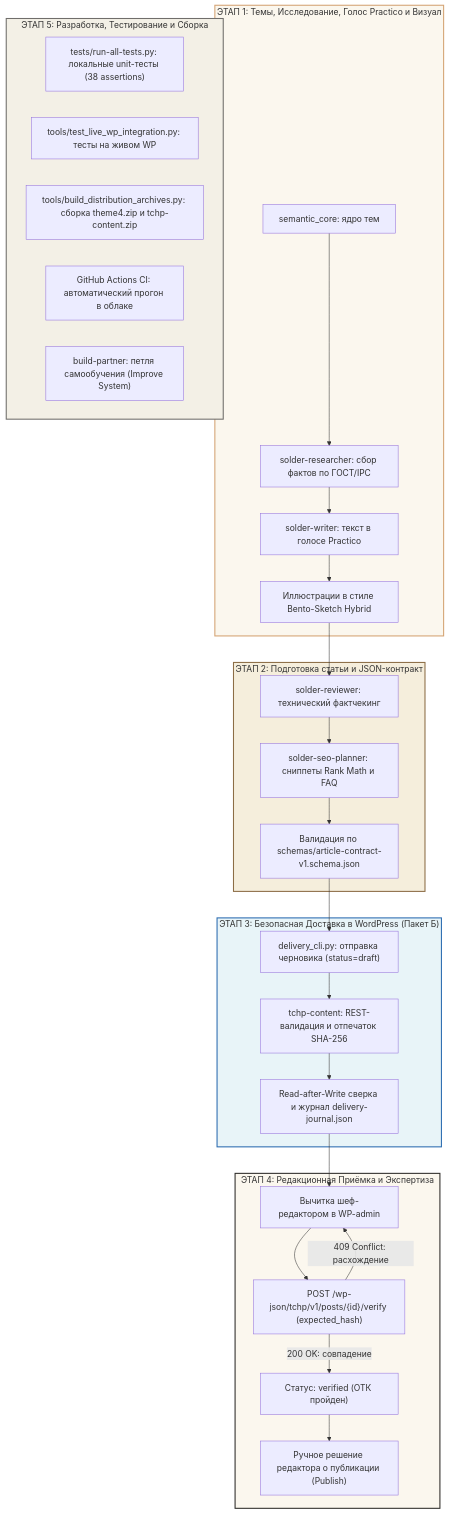
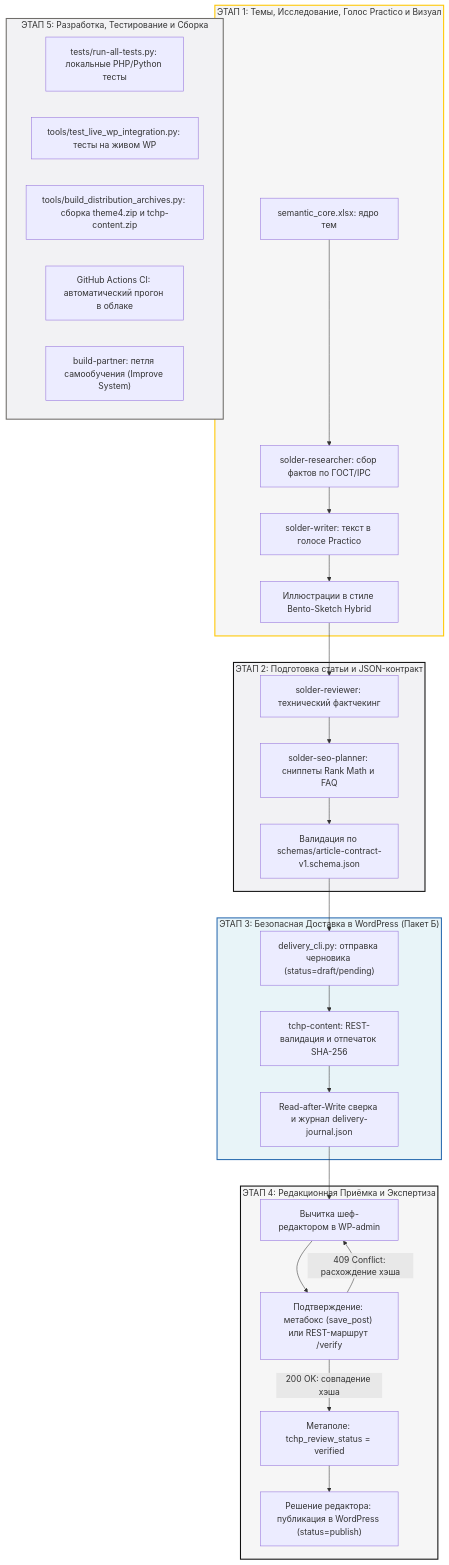
Before and after one commit to nadyalife2/tochka-plavleniya: the diagram in docs/MASTER_PIPELINE.md, drawn with Mermaid. The commit also changed other lines of this file and 7 other files, not shown here.

````diff
--- a/docs/MASTER_PIPELINE.md
+++ b/docs/MASTER_PIPELINE.md
@@ -11,42 +11,42 @@
 ```mermaid
 graph TD
     subgraph S1["ЭТАП 1: Темы, Исследование, Голос Practico и Визуал"]
-        A[semantic_core: ядро тем] --> B[solder-researcher: сбор фактов по ГОСТ/IPC]
+        A[semantic_core.xlsx: ядро тем] --> B[solder-researcher: сбор фактов по ГОСТ/IPC]
         B --> C[solder-writer: текст в голосе Practico]
         C --> D[Иллюстрации в стиле Bento-Sketch Hybrid]
     end
 
     subgraph S2["ЭТАП 2: Подготовка статьи и JSON-контракт"]
         D --> E[solder-reviewer: технический фактчекинг]
         E --> F[solder-seo-planner: сниппеты Rank Math и FAQ]
         F --> G["Валидация по schemas/article-contract-v1.schema.json"]
     end
 
     subgraph S3["ЭТАП 3: Безопасная Доставка в WordPress (Пакет Б)"]
-        G --> H["delivery_cli.py: отправка черновика (status=draft)"]
+        G --> H["delivery_cli.py: отправка черновика (status=draft/pending)"]
         H --> I["tchp-content: REST-валидация и отпечаток SHA-256"]
         I --> J["Read-after-Write сверка и журнал delivery-journal.json"]
     end
 
     subgraph S4["ЭТАП 4: Редакционная Приёмка и Экспертиза"]
         J --> K["Вычитка шеф-редактором в WP-admin"]
-        K --> L["POST /wp-json/tchp/v1/posts/{id}/verify (expected_hash)"]
-        L -->|409 Conflict: расхождение| K
-        L -->|200 OK: совпадение| M["Статус: verified (ОТК пройден)"]
-        M --> N["Ручное решение редактора о публикации (Publish)"]
+        K --> L["Подтверждение: метабокс (save_post) или REST-маршрут /verify"]
+        L -->|409 Conflict: расхождение хэша| K
+        L -->|200 OK: совпадение хэша| M["Метаполе: tchp_review_status = verified"]
+        M --> N["Решение редактора: публикация в WordPress (status=publish)"]
     end
 
     subgraph S5["ЭТАП 5: Разработка, Тестирование и Сборка"]
-        O["tests/run-all-tests.py: локальные unit-тесты (38 assertions)"]
+        O["tests/run-all-tests.py: локальные PHP/Python тесты"]
         P["tools/test_live_wp_integration.py: тесты на живом WP"]
         Q["tools/build_distribution_archives.py: сборка theme4.zip и tchp-content.zip"]
         R["GitHub Actions CI: автоматический прогон в облаке"]
         S["build-partner: петля самообучения (Improve System)"]
     end
 
-    style S1 fill:#fbf7ee,stroke:#d4a373,stroke-width:2px
-    style S2 fill:#f5eedc,stroke:#8c6d46,stroke-width:2px
+    style S1 fill:#f6f6f6,stroke:#ffc700,stroke-width:2px
+    style S2 fill:#f2f2f4,stroke:#111111,stroke-width:2px
     style S3 fill:#e8f4f8,stroke:#2b6cb0,stroke-width:2px
-    style S4 fill:#fbf7ee,stroke:#2d2b28,stroke-width:2px
-    style S5 fill:#f3f0e6,stroke:#706e6b,stroke-width:2px
+    style S4 fill:#f6f6f6,stroke:#111111,stroke-width:2px
+    style S5 fill:#f2f2f4,stroke:#706e6b,stroke-width:2px
 ```
````
